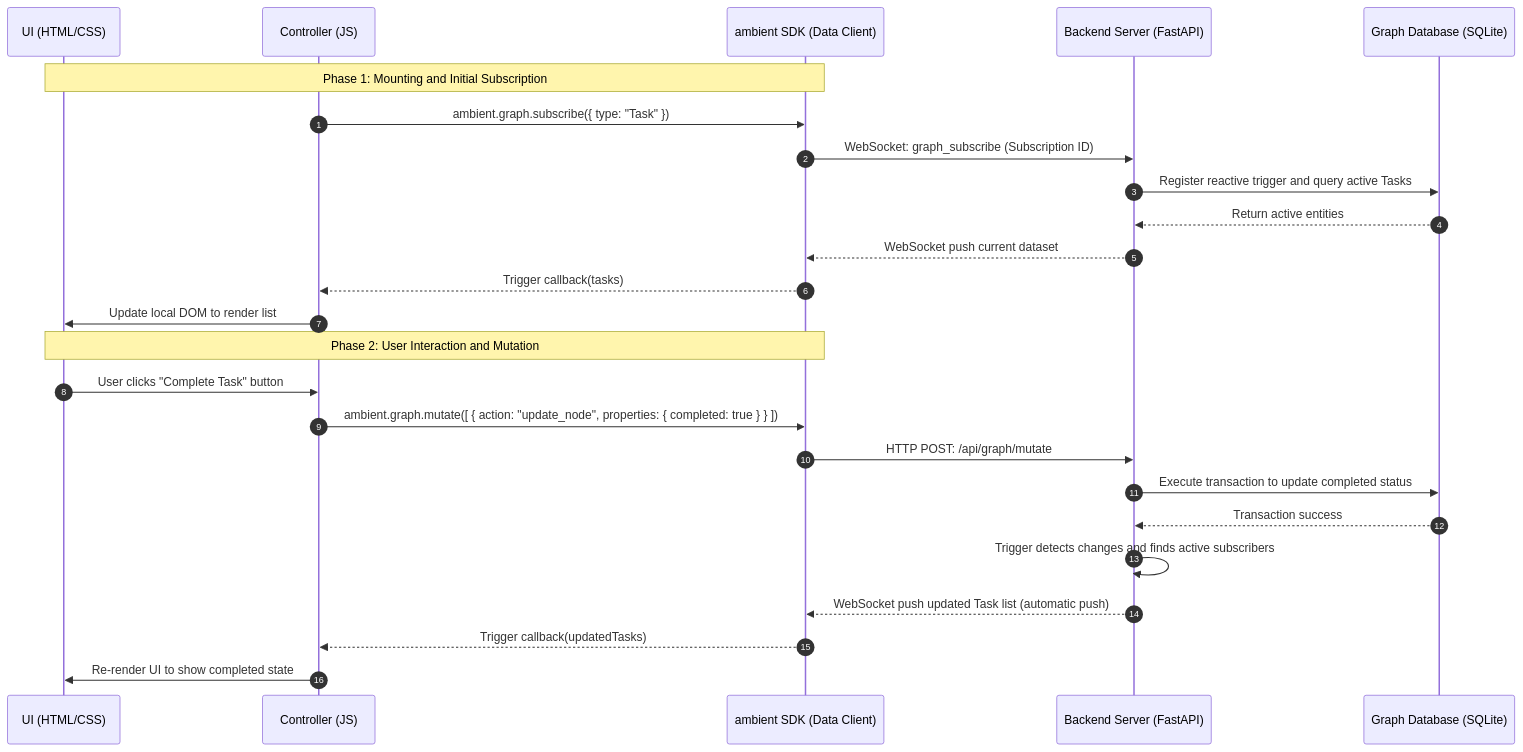
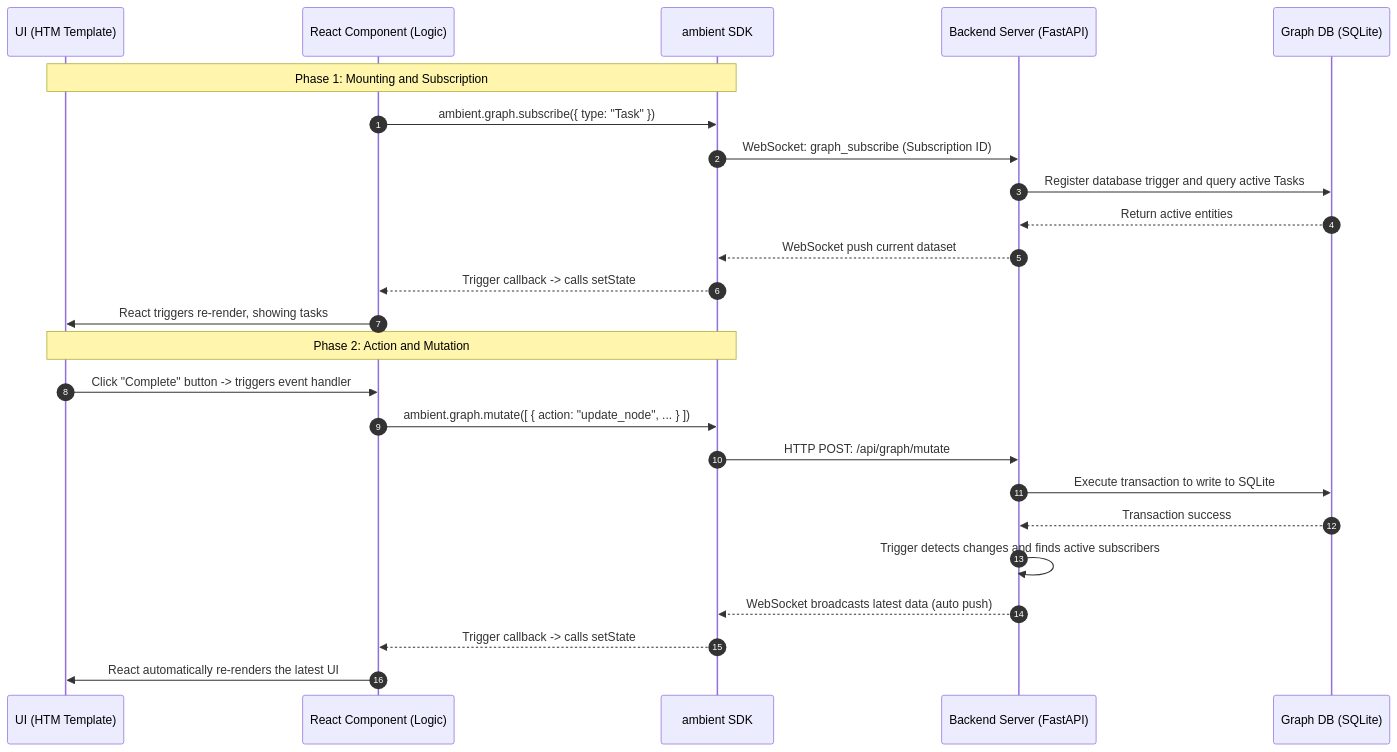
One commit to BillShiyaoZhang/ambient-agent changed the second of 2 diagrams in docs/en/architecture/apps.md. Above: the diagram before and after it, drawn with Mermaid. The commit also changed other lines of this file and 26 other files, not shown here.

First line of the commit message:
Unify widget system to React+HTM

````diff
--- a/docs/en/architecture/apps.md
+++ b/docs/en/architecture/apps.md
@@ -64,29 +82,29 @@
 ```mermaid
 sequenceDiagram
     autonumber
-    participant UI as UI (HTML/CSS)
-    participant Ctrl as Controller (JS)
-    participant SDK as ambient SDK (Data Client)
+    participant UI as UI (HTM Template)
+    participant Ctrl as React Component (Logic)
+    participant SDK as ambient SDK
     participant BE as Backend Server (FastAPI)
-    participant DB as Graph Database (SQLite)
+    participant DB as Graph DB (SQLite)
 
-    Note over UI, SDK: Phase 1: Mounting and Initial Subscription
+    Note over UI, SDK: Phase 1: Mounting and Subscription
     Ctrl->>SDK: ambient.graph.subscribe({ type: "Task" })
     SDK->>BE: WebSocket: graph_subscribe (Subscription ID)
-    BE->>DB: Register reactive trigger and query active Tasks
+    BE->>DB: Register database trigger and query active Tasks
     DB-->>BE: Return active entities
     BE-->>SDK: WebSocket push current dataset
-    SDK-->>Ctrl: Trigger callback(tasks)
-    Ctrl->>UI: Update local DOM to render list
+    SDK-->>Ctrl: Trigger callback -> calls setState
+    Ctrl->>UI: React triggers re-render, showing tasks
 
-    Note over UI, SDK: Phase 2: User Interaction and Mutation
-    UI->>Ctrl: User clicks "Complete Task" button
-    Ctrl->>SDK: ambient.graph.mutate([ { action: "update_node", properties: { completed: true } } ])
+    Note over UI, SDK: Phase 2: Action and Mutation
+    UI->>Ctrl: Click "Complete" button -> triggers event handler
+    Ctrl->>SDK: ambient.graph.mutate([ { action: "update_node", ... } ])
     SDK->>BE: HTTP POST: /api/graph/mutate
-    BE->>DB: Execute transaction to update completed status
+    BE->>DB: Execute transaction to write to SQLite
     DB-->>BE: Transaction success
     BE->>BE: Trigger detects changes and finds active subscribers
-    BE-->>SDK: WebSocket push updated Task list (automatic push)
-    SDK-->>Ctrl: Trigger callback(updatedTasks)
-    Ctrl->>UI: Re-render UI to show completed state
+    BE-->>SDK: WebSocket broadcasts latest data (auto push)
+    SDK-->>Ctrl: Trigger callback -> calls setState
+    Ctrl->>UI: React automatically re-renders the latest UI
 ```
````
